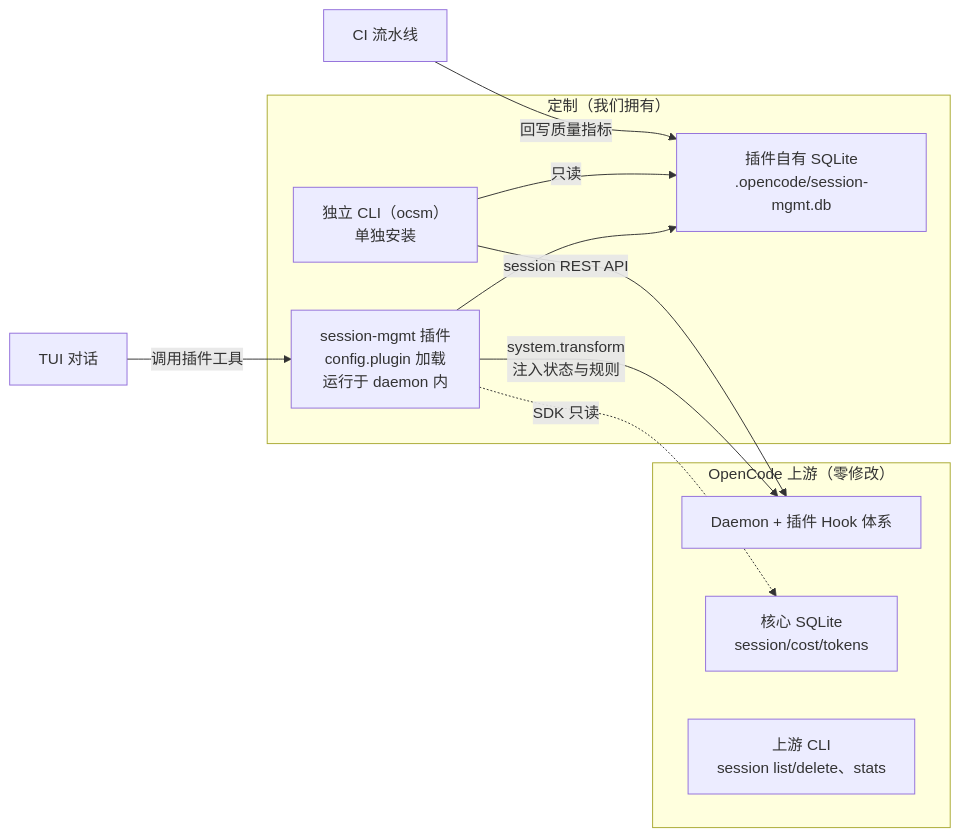
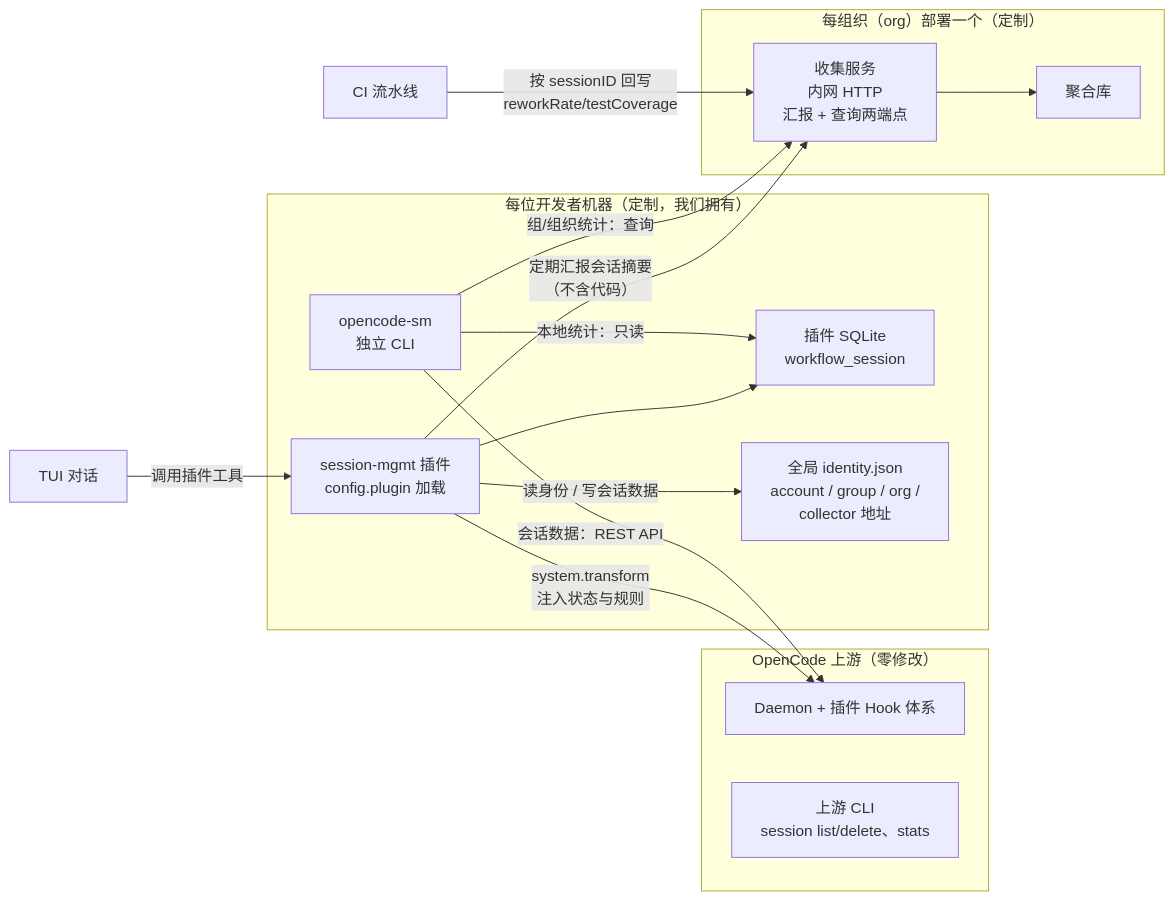
The sixth of 14 diagrams in specs/customize/session-management.md (wonglaitung/opencode), drawn with Mermaid before and after one commit. The commit also changed other lines of this file, not shown here.

First line of the commit message:
docs(session-management): 改名 opencode-sm，改为自助 init + org 级收集汇聚模型

````diff
--- a/specs/customize/session-management.md
+++ b/specs/customize/session-management.md
@@ -268,22 +270,30 @@
 ```mermaid
 flowchart LR
     subgraph Upstream["OpenCode 上游（零修改）"]
         Daemon["Daemon + 插件 Hook 体系"]
-        CoreDB["核心 SQLite<br/>session/cost/tokens"]
         UpCLI["上游 CLI<br/>session list/delete、stats"]
     end
 
-    subgraph Custom["定制（我们拥有）"]
-        Plugin["session-mgmt 插件<br/>config.plugin 加载<br/>运行于 daemon 内"]
-        PluginDB["插件自有 SQLite<br/>.opencode/session-mgmt.db"]
-        OCSM["独立 CLI（ocsm）<br/>单独安装"]
+    subgraph Local["每位开发者机器（定制，我们拥有）"]
+        Plugin["session-mgmt 插件<br/>config.plugin 加载"]
+        PluginDB["插件 SQLite<br/>workflow_session"]
+        ID["全局 identity.json<br/>account / group / org /<br/>collector 地址"]
+        SM["opencode-sm<br/>独立 CLI"]
+    end
+
+    subgraph OrgSvc["每组织（org）部署一个（定制）"]
+        Collector["收集服务<br/>内网 HTTP<br/>汇报 + 查询两端点"]
+        AggDB["聚合库"]
     end
 
     TUI["TUI 对话"] -->|"调用插件工具"| Plugin
     Plugin -->|"system.transform<br/>注入状态与规则"| Daemon
+    Plugin -->|"读身份 / 写会话数据"| ID
     Plugin --> PluginDB
-    Plugin -.->|"SDK 只读"| CoreDB
-    OCSM -->|"只读"| PluginDB
-    OCSM -->|"session REST API"| Daemon
-    CI["CI 流水线"] -->|"回写质量指标"| PluginDB
+    Plugin -->|"定期汇报会话摘要<br/>（不含代码）"| Collector
+    Collector --> AggDB
+    SM -->|"本地统计：只读"| PluginDB
+    SM -->|"会话数据：REST API"| Daemon
+    SM -->|"组/组织统计：查询"| Collector
+    CI["CI 流水线"] -->|"按 sessionID 回写<br/>reworkRate/testCoverage"| Collector
 ```
````
